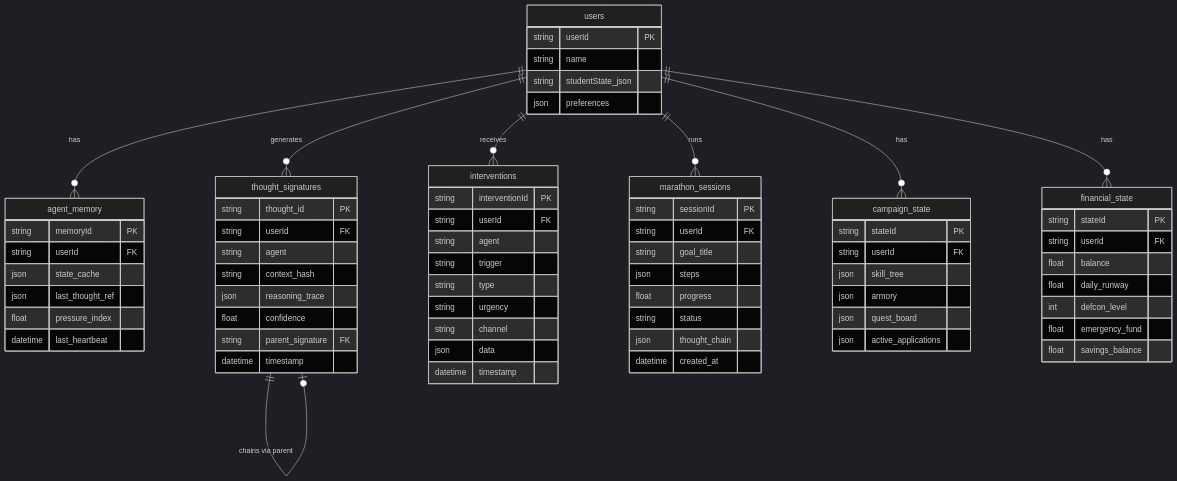
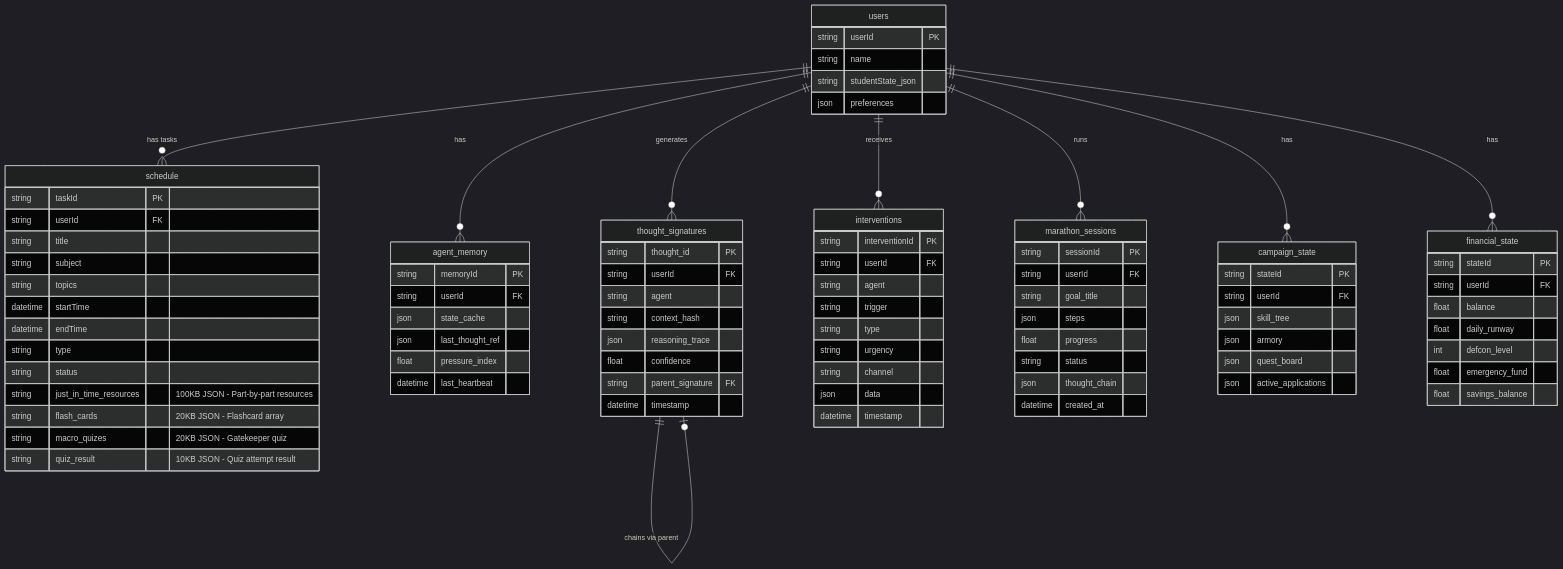
One commit to Mursalin7842/Kaironex changed diagram 14 of 14 in BACKEND_ARCHITECTURE.md. Above: the diagram before and after it, drawn with Mermaid (dark theme). The commit also changed other lines of this file and 8 other files, not shown here.

First line of the commit message:
feat: Implement Just-in-Time Content Generation for Daily Study Tasks

```diff
--- a/BACKEND_ARCHITECTURE.md
+++ b/BACKEND_ARCHITECTURE.md
@@ -1238,6 +1278,22 @@
         string name
         string studentState_json
         json preferences
+    }
+    
+    schedule {
+        string taskId PK
+        string userId FK
+        string title
+        string subject
+        string topics
+        datetime startTime
+        datetime endTime
+        string type
+        string status
+        string just_in_time_resources "100KB JSON - Part-by-part resources"
+        string flash_cards "20KB JSON - Flashcard array"
+        string macro_quizes "20KB JSON - Gatekeeper quiz"
+        string quiz_result "10KB JSON - Quiz attempt result"
     }
     
     agent_memory {
@@ -1303,6 +1359,7 @@
     }
     
     users ||--o{ agent_memory : "has"
+    users ||--o{ schedule : "has tasks"
     users ||--o{ thought_signatures : "generates"
     users ||--o{ interventions : "receives"
     users ||--o{ marathon_sessions : "runs"
```
